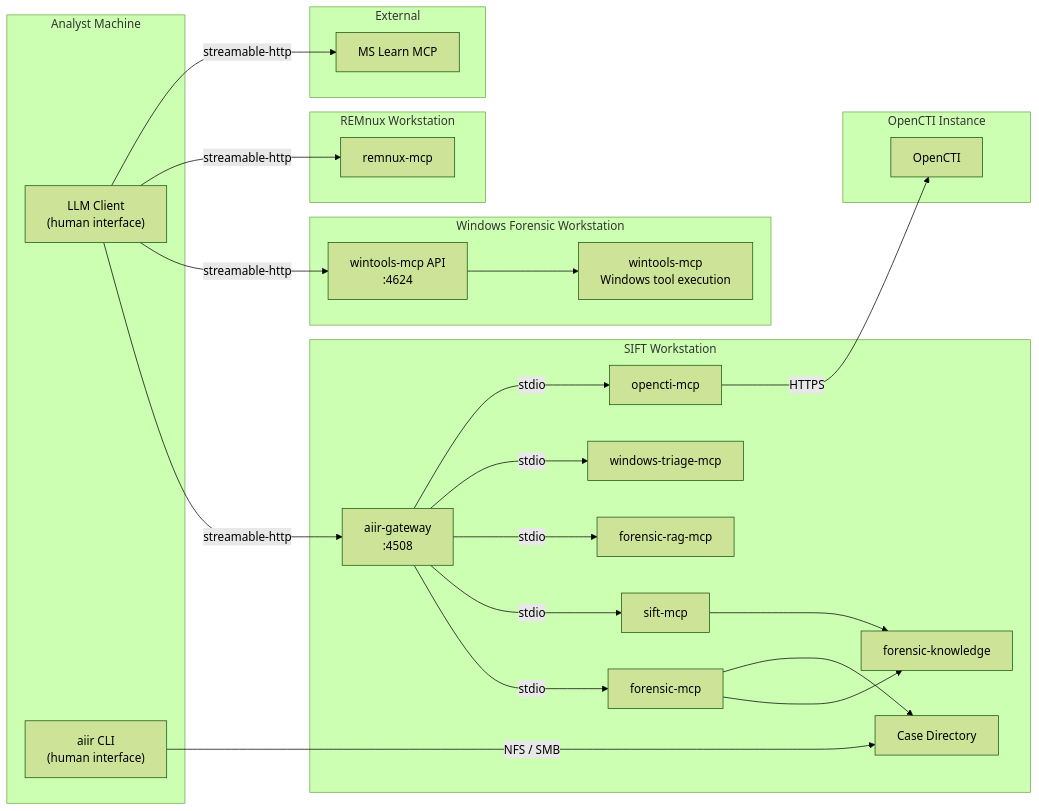
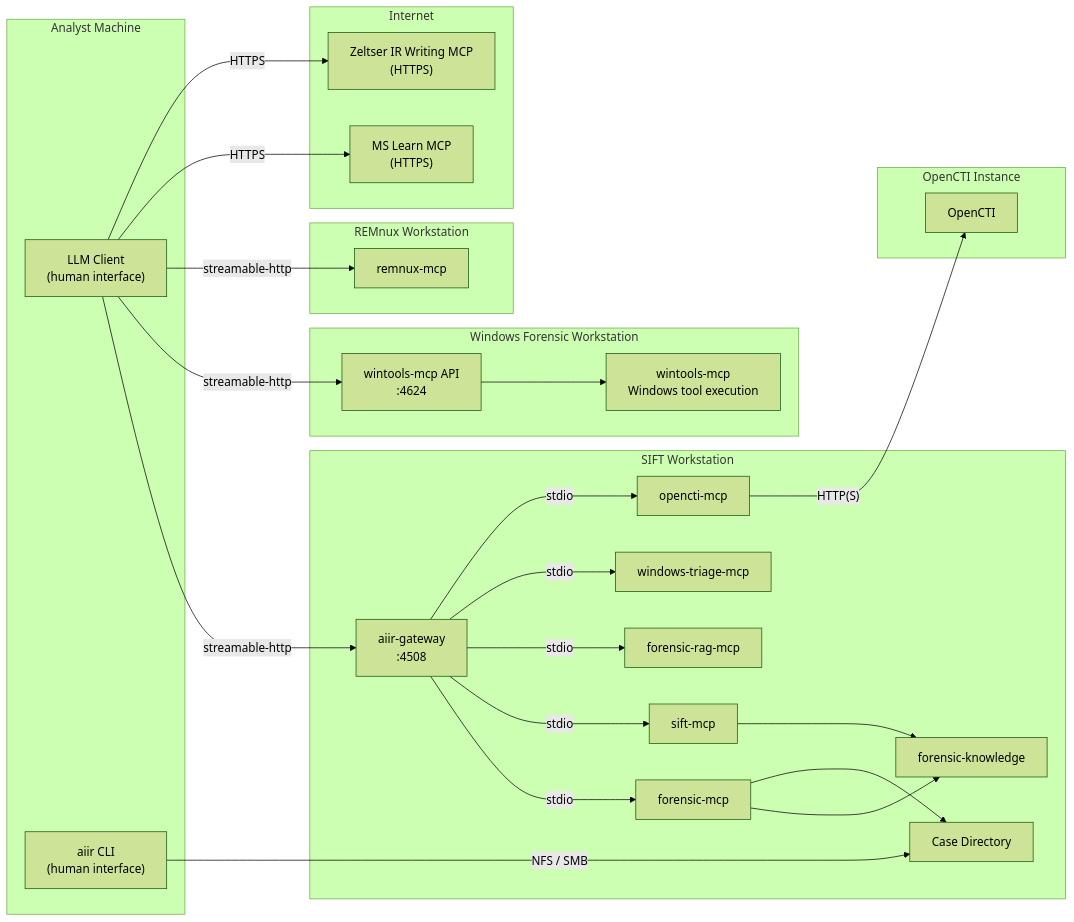
The fourth of 5 diagrams in README.md (AppliedIR/aiir), drawn with Mermaid (forest theme) before and after one commit. The commit also changed other lines of this file, not shown here.

Commit message:
add Zeltser IR Writing MCP, Internet box, HTTP(S) for OpenCTI, remove multi-examiner diagram

````diff
--- a/README.md
+++ b/README.md
@@ -130,52 +130,54 @@
 ```mermaid
 graph LR
     subgraph analyst ["Analyst Machine"]
         CC["LLM Client<br/>(human interface)"]
         CLI["aiir CLI<br/>(human interface)"]
     end
 
     subgraph sift ["SIFT Workstation"]
         GW["aiir-gateway<br/>:4508"]
         FM[forensic-mcp]
         SM[sift-mcp]
         FR[forensic-rag-mcp]
         WTR[windows-triage-mcp]
         OC[opencti-mcp]
         FK[forensic-knowledge]
         CASE[Case Directory]
 
         GW -->|stdio| FM
         GW -->|stdio| SM
         GW -->|stdio| FR
         GW -->|stdio| WTR
         GW -->|stdio| OC
         FM --> FK
         SM --> FK
         FM --> CASE
     end
 
     subgraph winbox ["Windows Forensic Workstation"]
         WAPI["wintools-mcp API<br/>:4624"]
         WM["wintools-mcp<br/>Windows tool execution"]
         WAPI --> WM
     end
 
     subgraph octi ["OpenCTI Instance"]
         OCTI[OpenCTI]
     end
 
     subgraph remnux ["REMnux Workstation"]
         RM[remnux-mcp]
     end
 
-    subgraph mslearn ["External"]
-        ML[MS Learn MCP]
+    subgraph internet ["Internet"]
+        ML["MS Learn MCP<br/>(HTTPS)"]
+        ZE["Zeltser IR Writing MCP<br/>(HTTPS)"]
     end
 
     CC -->|"streamable-http"| GW
     CC -->|"streamable-http"| WAPI
     CC -->|"streamable-http"| RM
-    CC -->|"streamable-http"| ML
-    OC -->|"HTTPS"| OCTI
+    CC -->|"HTTPS"| ML
+    CC -->|"HTTPS"| ZE
+    OC -->|"HTTP(S)"| OCTI
     CLI -->|"NFS / SMB"| CASE
 ```
````
